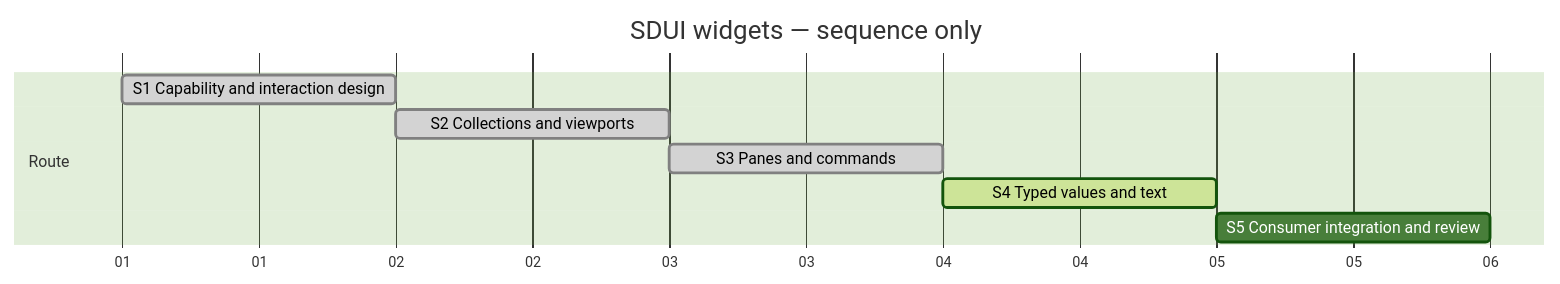
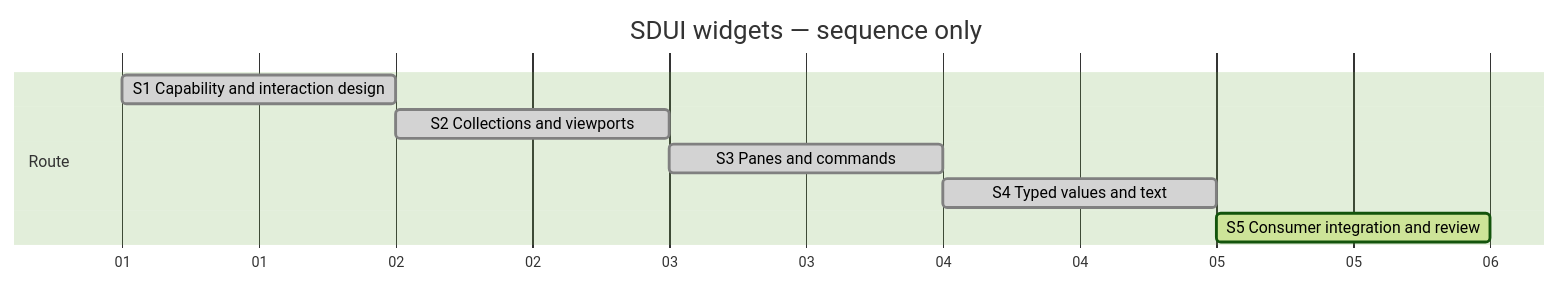
One commit to Hans-Einar/SDP changed the diagram in SDP/Sessions/session-#0010--SDUI_widgets.md. Above: the diagram before and after it, drawn with Mermaid (forest theme). The commit also changed other lines of this file and 454 other files, not shown here.

````diff
--- a/SDP/Sessions/session-#0010--SDUI_widgets.md
+++ b/SDP/Sessions/session-#0010--SDUI_widgets.md
@@ -9,12 +9,12 @@
 ```mermaid
 gantt
     title SDUI widgets — sequence only
     dateFormat YYYY-MM-DD
     axisFormat %d
     section Route
     S1 Capability and interaction design :done, s1, 2000-01-01, 1d
     S2 Collections and viewports :done, s2, after s1, 1d
     S3 Panes and commands :done, s3, after s2, 1d
-    S4 Typed values and text :active, s4, after s3, 1d
-    S5 Consumer integration and review :s5, after s4, 1d
+    S4 Typed values and text :done, s4, after s3, 1d
+    S5 Consumer integration and review :active, s5, after s4, 1d
 ```
````
